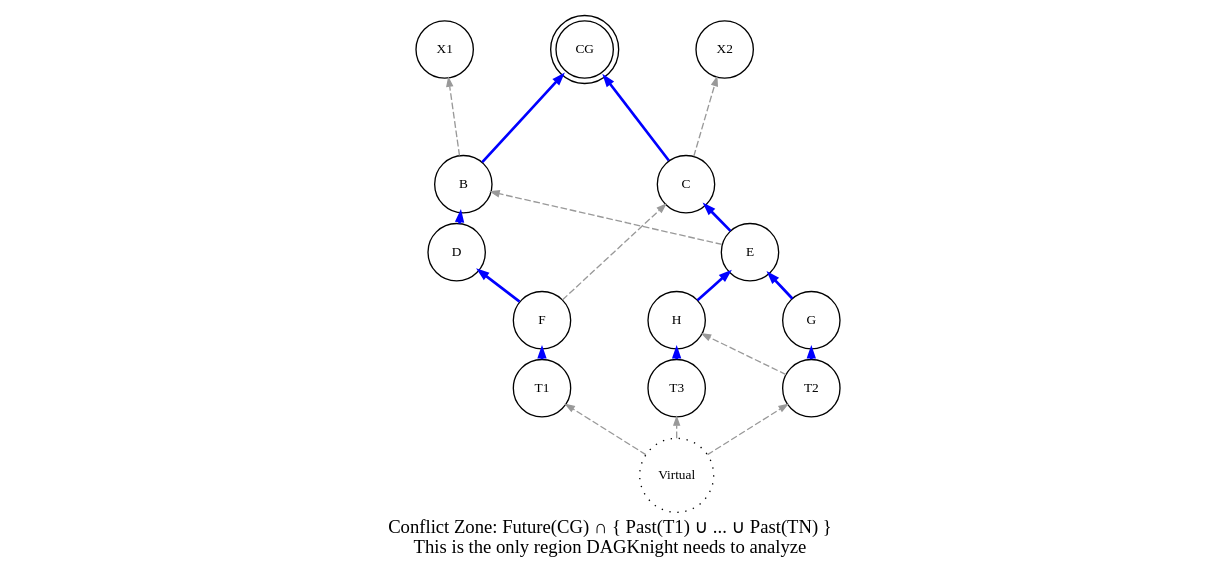
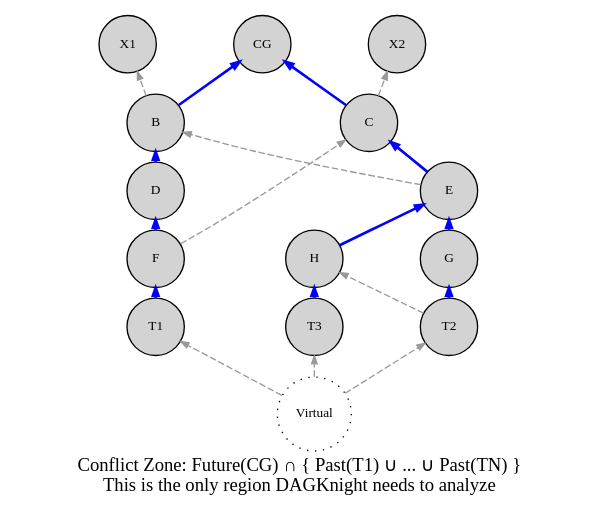
The diagram in dot/03-conflict-zone.dot (coderofstuff/dk-wiki), drawn with Graphviz before and after one commit. The commit also changed 5 other files, not shown here.

Commit message:
Clearer consistent graphics

```diff
--- a/dot/03-conflict-zone.dot
+++ b/dot/03-conflict-zone.dot
@@ -1,64 +1,72 @@
 digraph conflict_zone {
     rankdir=BT;
     nodesep=0.8;
     ranksep=0.1;
-    node [shape=circle, style=filled, fontsize=10, width=0.6, height=0.6, fillcolor=white];
+    node [shape=circle, style=filled, fontsize=10, width=0.6, height=0.6, fillcolor=lightgray];
     edge [arrowsize=0.6, color=gray60];
 
     label="Conflict Zone: Future(CG) ∩ { Past(T1) ∪ ... ∪ Past(TN) }\nThis is the only region DAGKnight needs to analyze";
     labelloc=b;
 
-    // Left side grouping (invisible cluster for layout matching agreement diagram)
+    // Left side (matches agreement cluster structure, invisible border)
     subgraph cluster_left {
-        style=invis;
+        label="";
+        labelloc=b;
+        style="dashed";
+        color=white;
+        penwidth=0;
+        B [label="B"];
+        D [label="D"];
+        F [label="F"];
         T1 [label="T1"];
-        F [label="F"];
-        D [label="D"];
-        B [label="B"];
     }
 
-    // Right side grouping (invisible cluster for layout matching agreement diagram)
+    // Right side (matches agreement cluster structure, invisible border)
     subgraph cluster_right {
-        style=invis;
+        label="";
+        labelloc=b;
+        style="dashed";
+        color=white;
+        penwidth=0;
+        E [label="E"];
+        G [label="G"];
         T2 [label="T2"];
+        H [label="H"];
         T3 [label="T3"];
-        G [label="G"];
-        H [label="H"];
-        E [label="E"];
         C [label="C"];
     }
 
     // Bottom blocks
-    CG [label="CG", shape=doublecircle];
+    CG [label="CG"];
     X1 [label="X1"];
     X2 [label="X2"];
 
     // Virtual block
-    Virtual [label="Virtual", shape=circle, style=dotted, fillcolor=white];
+    Virtual [label="Virtual", shape=circle, style=dotted, fillcolor=lightgray];
 
     // Blue edges = selected parent (chain-parent path)
     B -> CG [color=blue, penwidth=2.0];
     C -> CG [color=blue, penwidth=2.0];
     D -> B [color=blue, penwidth=2.0];
     E -> C [color=blue, penwidth=2.0];
     F -> D [color=blue, penwidth=2.0];
     G -> E [color=blue, penwidth=2.0];
     H -> E [color=blue, penwidth=2.0];
     T1 -> F [color=blue, penwidth=2.0];
     T2 -> G [color=blue, penwidth=2.0];
     T3 -> H [color=blue, penwidth=2.0];
 
     // Gray dashed edges = non-selected parents
     F -> C [color=gray60, penwidth=1.0, style=dashed];
     T2 -> H [color=gray60, penwidth=1.0, style=dashed];
     E -> B [color=gray60, penwidth=1.0, style=dashed];
 
     // B -> X1 and C -> X2 are non-selected parents
     B -> X1 [color=gray60, penwidth=1.0, style=dashed];
     C -> X2 [color=gray60, penwidth=1.0, style=dashed];
 
     // Virtual block points to all tips
     Virtual -> T1 [color=gray60, penwidth=1.0, style=dashed];
     Virtual -> T2 [color=gray60, penwidth=1.0, style=dashed];
     Virtual -> T3 [color=gray60, penwidth=1.0, style=dashed];
 }
```
